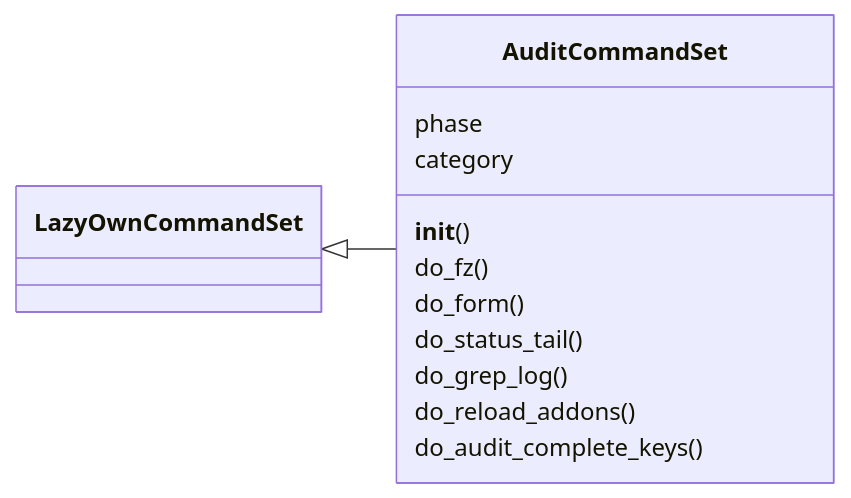
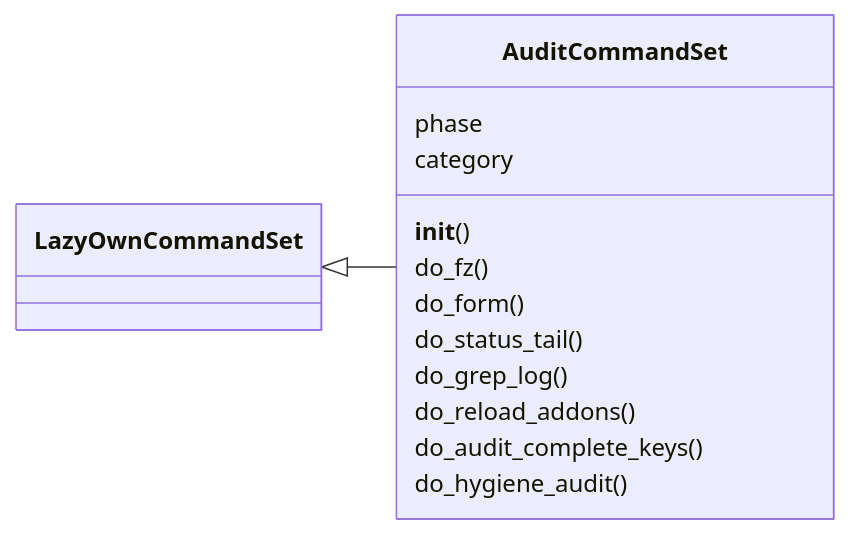
Before and after one commit to grisuno/LazyOwn: the first of 2 diagrams in readmenator-apidocs/modules/cli.commands.audit.py.md, drawn with Mermaid. The commit also changed other lines of this file and 203 other files, not shown here.

````diff
--- a/readmenator-apidocs/modules/cli.commands.audit.py.md
+++ b/readmenator-apidocs/modules/cli.commands.audit.py.md
@@ -32,16 +32,17 @@
 ```mermaid
 classDiagram
     direction LR
     class AuditCommandSet
     AuditCommandSet : phase
     AuditCommandSet : category
     AuditCommandSet : __init__()
     AuditCommandSet : do_fz()
     AuditCommandSet : do_form()
     AuditCommandSet : do_status_tail()
     AuditCommandSet : do_grep_log()
     AuditCommandSet : do_reload_addons()
     AuditCommandSet : do_audit_complete_keys()
+    AuditCommandSet : do_hygiene_audit()
     class LazyOwnCommandSet
     LazyOwnCommandSet <|-- AuditCommandSet
 ```
````
